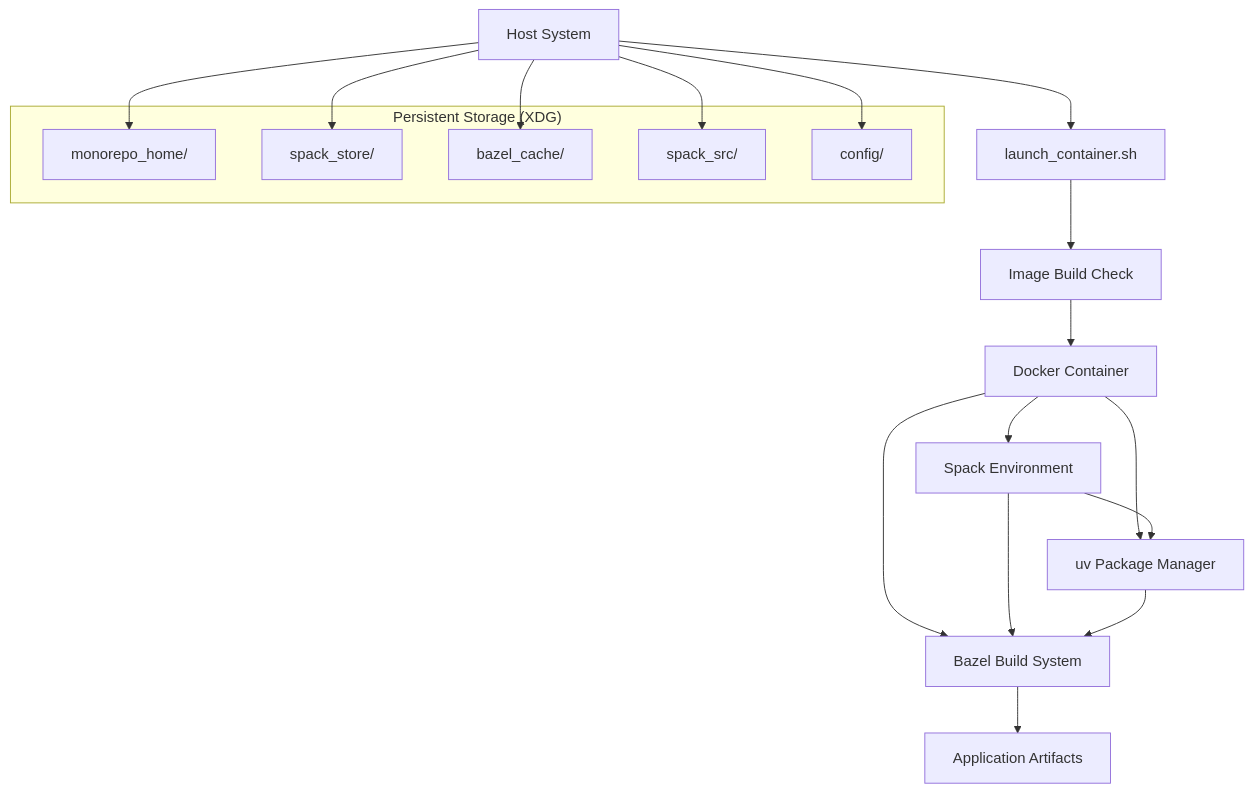
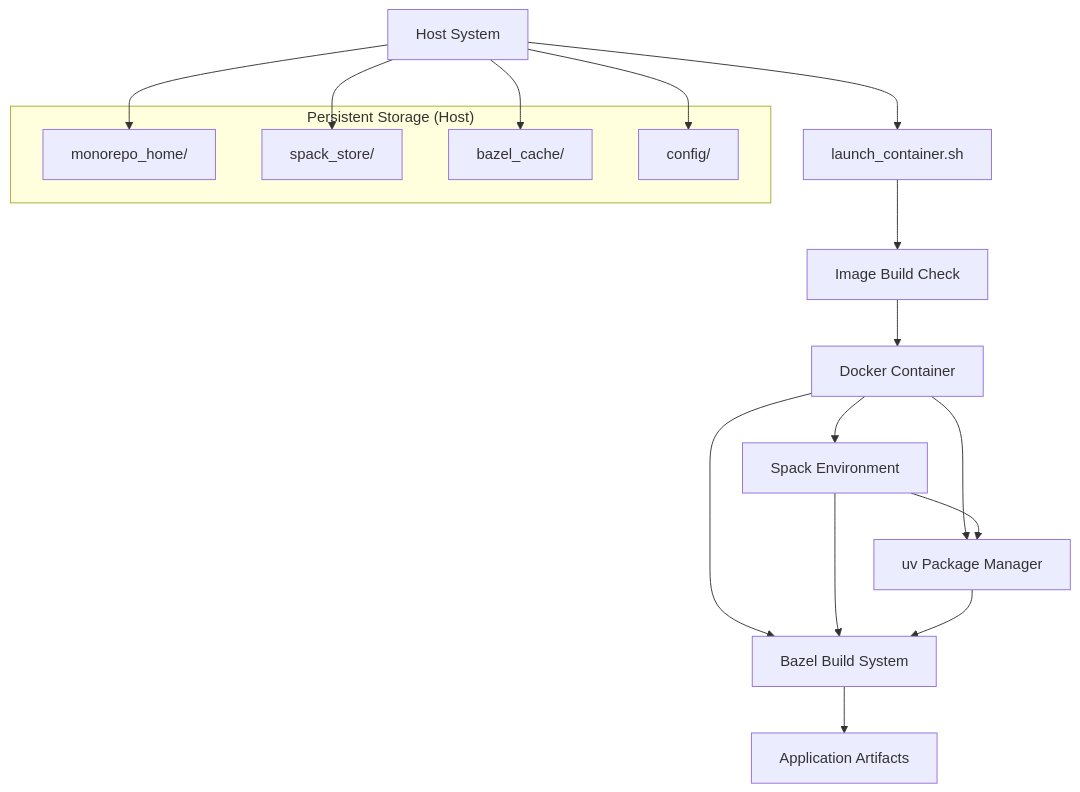
The first of 3 diagrams in SYSTEM_DESIGN.md (phi9t/sygaldry), drawn with Mermaid before and after one commit. The commit also changed other lines of this file and 6 other files, not shown here.

````diff
--- a/SYSTEM_DESIGN.md
+++ b/SYSTEM_DESIGN.md
@@ -101,27 +100,25 @@
 ```mermaid
 graph TB
     H[Host System] --> L[launch_container.sh]
     L --> I[Image Build Check]
     I --> D[Docker Container]
     D --> S[Spack Environment]
     D --> U[uv Package Manager]
     D --> B[Bazel Build System]
     S --> U
     S --> B
     U --> B
     B --> A[Application Artifacts]
     
-    subgraph "Persistent Storage (XDG)"
+    subgraph "Persistent Storage (Host)"
         HC[monorepo_home/]
         SC[spack_store/]
         BC[bazel_cache/]
-        SS[spack_src/]
         CF[config/]
     end
     
     H --> HC
     H --> SC  
     H --> BC
-    H --> SS
     H --> CF
 ```
````
